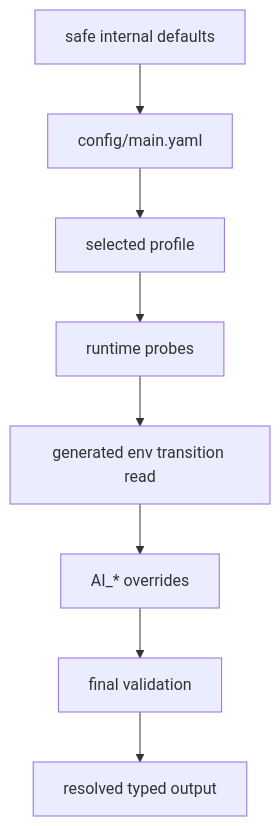
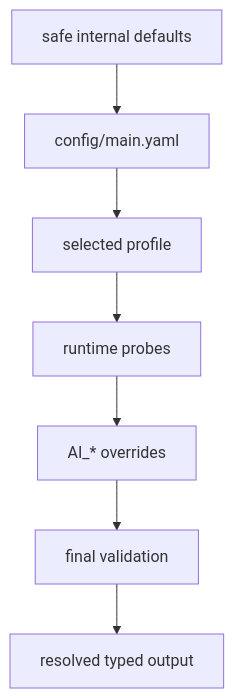
Before and after one commit to PedroMglo/symbiont: the second of 4 diagrams in docs/owners/config.md, drawn with Mermaid. The commit also changed other lines of this file and 833 other files, not shown here.

````diff
--- a/docs/owners/config.md
+++ b/docs/owners/config.md
@@ -111,19 +110,17 @@
 ```mermaid
 flowchart TD
     Defaults[safe internal defaults]
     Main[config/main.yaml]
     Profile[selected profile]
     Probes[runtime probes]
-    GeneratedRead[generated env transition read]
     Env[AI_* overrides]
     Validate[final validation]
     Output[resolved typed output]
 
     Defaults --> Main
     Main --> Profile
     Profile --> Probes
-    Probes --> GeneratedRead
-    GeneratedRead --> Env
+    Probes --> Env
     Env --> Validate
     Validate --> Output
 ```
````
